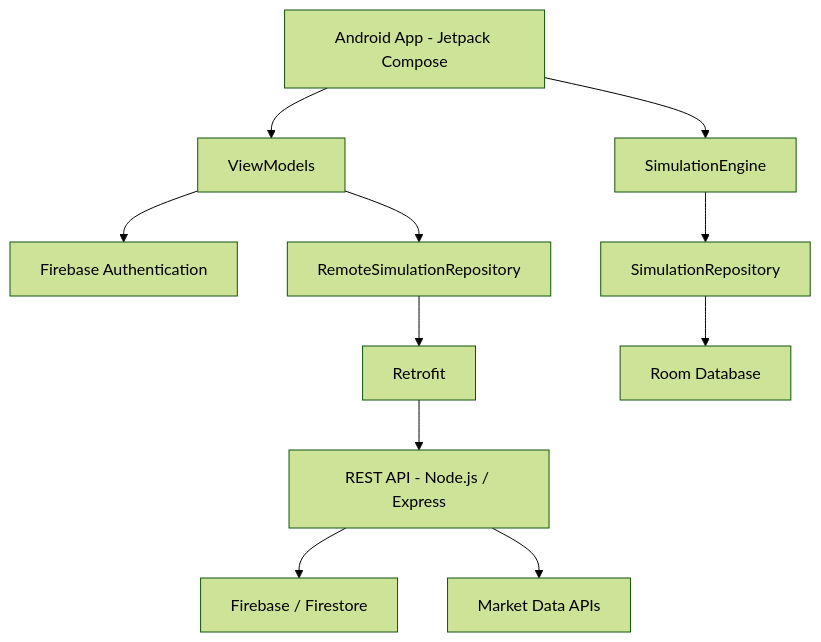
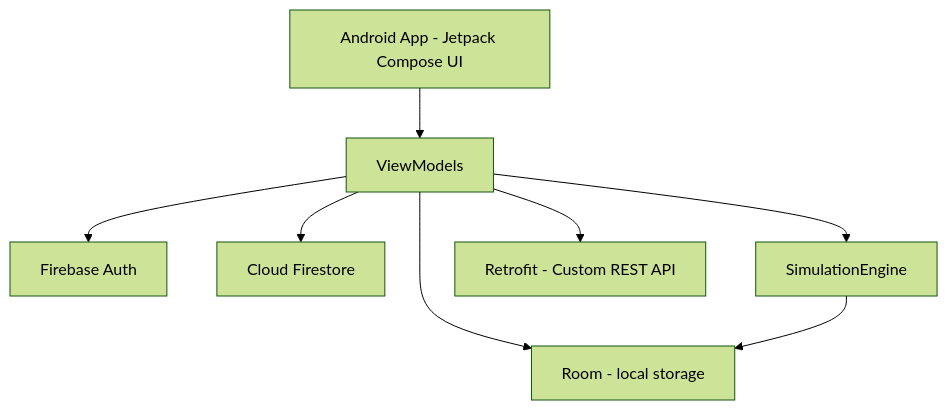
One commit to SiddiqMalik/WhatIf-Portfolio-Simulator-Group changed the first of 3 diagrams in README.md. Above: the diagram before and after it, drawn with Mermaid (forest theme). The commit also changed other lines of this file, not shown here.

````diff
--- a/README.md
+++ b/README.md
@@ -44,13 +38,10 @@
 ```mermaid
 flowchart TD
-    UI[Android App - Jetpack Compose] --> VM[ViewModels]
-    VM --> AUTH[Firebase Authentication]
-    VM --> REMOTE[RemoteSimulationRepository]
-    REMOTE --> RETRO[Retrofit]
-    RETRO --> API[REST API - Node.js / Express]
-    API --> FB[Firebase / Firestore]
-    API --> MARKET[Market Data APIs]
-    UI --> ENG[SimulationEngine]
-    ENG --> LOCAL[SimulationRepository]
-    LOCAL --> ROOM[Room Database]
+    A[Android App - Jetpack Compose UI] --> B[ViewModels]
+    B --> C[Firebase Auth]
+    B --> D[Cloud Firestore]
+    B --> E[SimulationEngine]
+    B --> F[Room - local storage]
+    B --> G[Retrofit - Custom REST API]
+    E --> F
 ```
````
